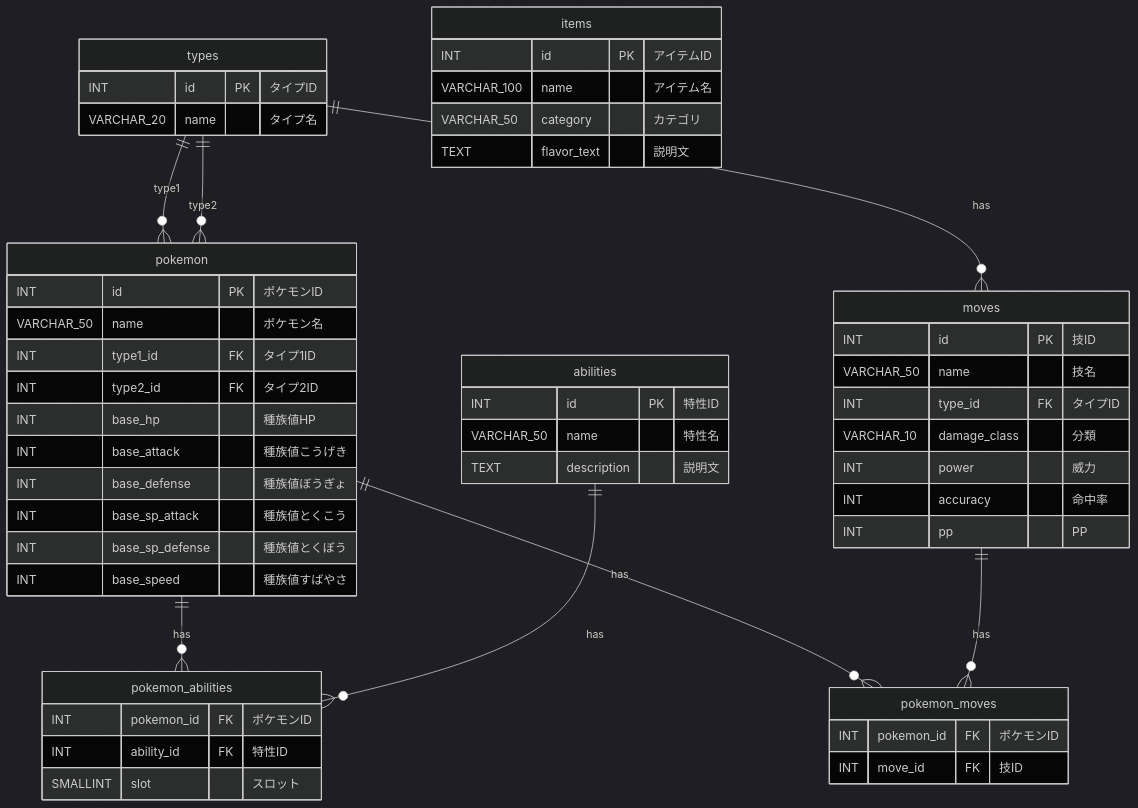
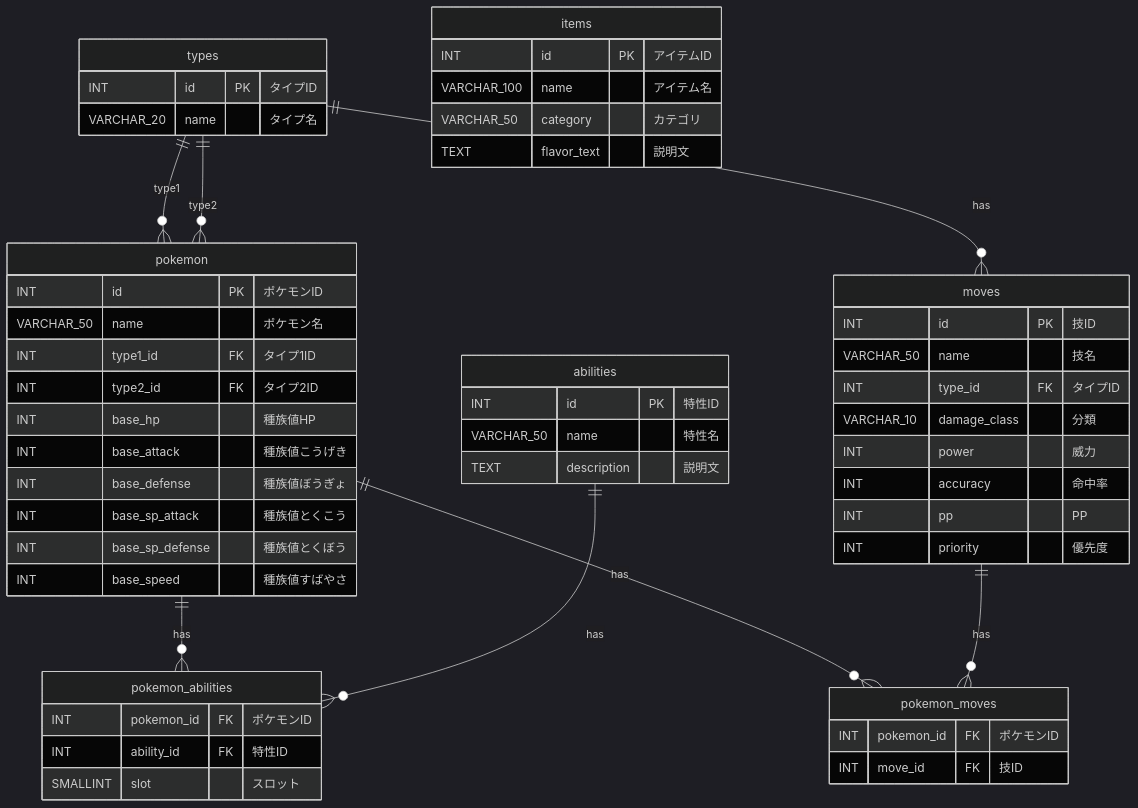
Before and after one commit to Nahaq789/pob: the diagram in docs/er/dex.md, drawn with Mermaid (dark theme). The commit also changed 15 other files, not shown here.

````diff
--- a/docs/er/dex.md
+++ b/docs/er/dex.md
@@ -1,63 +1,64 @@
 ```mermaid
 erDiagram
     types {
         INT id PK "タイプID"
         VARCHAR_20 name "タイプ名"
     }
 
     pokemon {
         INT id PK "ポケモンID"
         VARCHAR_50 name "ポケモン名"
         INT type1_id FK "タイプ1ID"
         INT type2_id FK "タイプ2ID"
         INT base_hp "種族値HP"
         INT base_attack "種族値こうげき"
         INT base_defense "種族値ぼうぎょ"
         INT base_sp_attack "種族値とくこう"
         INT base_sp_defense "種族値とくぼう"
         INT base_speed "種族値すばやさ"
     }
 
     abilities {
         INT id PK "特性ID"
         VARCHAR_50 name "特性名"
         TEXT description "説明文"
     }
 
     pokemon_abilities {
         INT pokemon_id FK "ポケモンID"
         INT ability_id FK "特性ID"
         SMALLINT slot "スロット"
     }
 
     moves {
         INT id PK "技ID"
         VARCHAR_50 name "技名"
         INT type_id FK "タイプID"
         VARCHAR_10 damage_class "分類"
         INT power "威力"
         INT accuracy "命中率"
         INT pp "PP"
+        INT priority "優先度"
     }
 
     pokemon_moves {
         INT pokemon_id FK "ポケモンID"
         INT move_id FK "技ID"
     }
 
     items {
         INT id PK "アイテムID"
         VARCHAR_100 name "アイテム名"
         VARCHAR_50 category "カテゴリ"
         TEXT flavor_text "説明文"
     }
 
     types ||--o{ pokemon : "type1"
     types ||--o{ pokemon : "type2"
     types ||--o{ moves : "has"
     pokemon ||--o{ pokemon_abilities : "has"
     abilities ||--o{ pokemon_abilities : "has"
     pokemon ||--o{ pokemon_moves : "has"
     moves ||--o{ pokemon_moves : "has"
 
 ```
````
